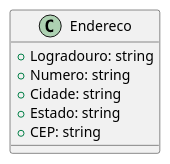
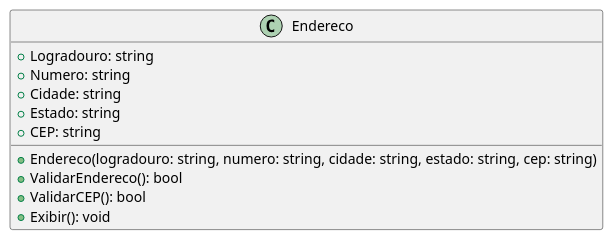
Before and after one commit to samorysundjata/MalaDiretaCSharp: the diagram in docs/C4/Endereco.puml, drawn with PlantUML. The commit also changed 7 other files, not shown here.

```diff
--- a/docs/C4/Endereco.puml
+++ b/docs/C4/Endereco.puml
@@ -1,9 +1,14 @@
 @startuml Endereco-Code
 class Endereco {
   + Logradouro: string
   + Numero: string
   + Cidade: string
   + Estado: string
   + CEP: string
+
+  + Endereco(logradouro: string, numero: string, cidade: string, estado: string, cep: string)
+  + ValidarEndereco(): bool
+  + ValidarCEP(): bool
+  + Exibir(): void
 }
 @enduml
```
